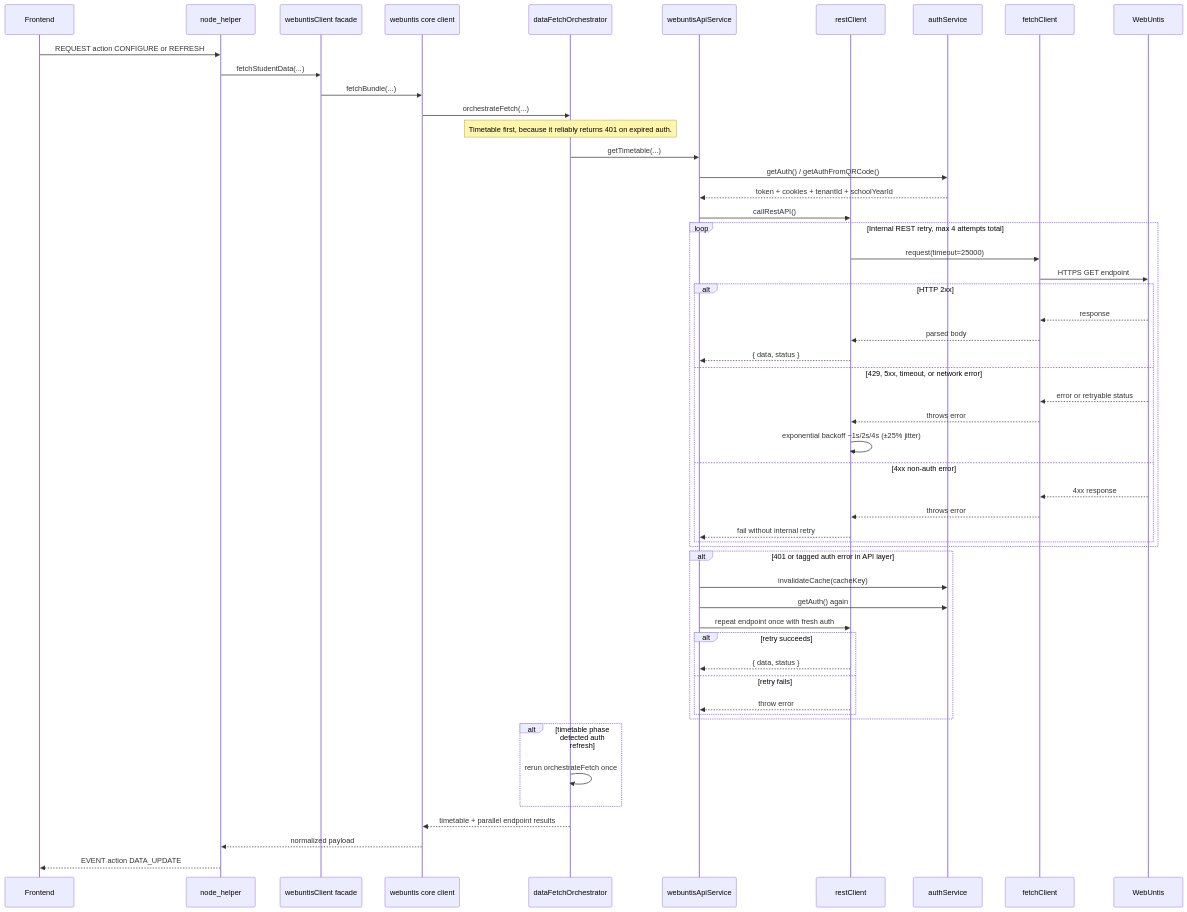
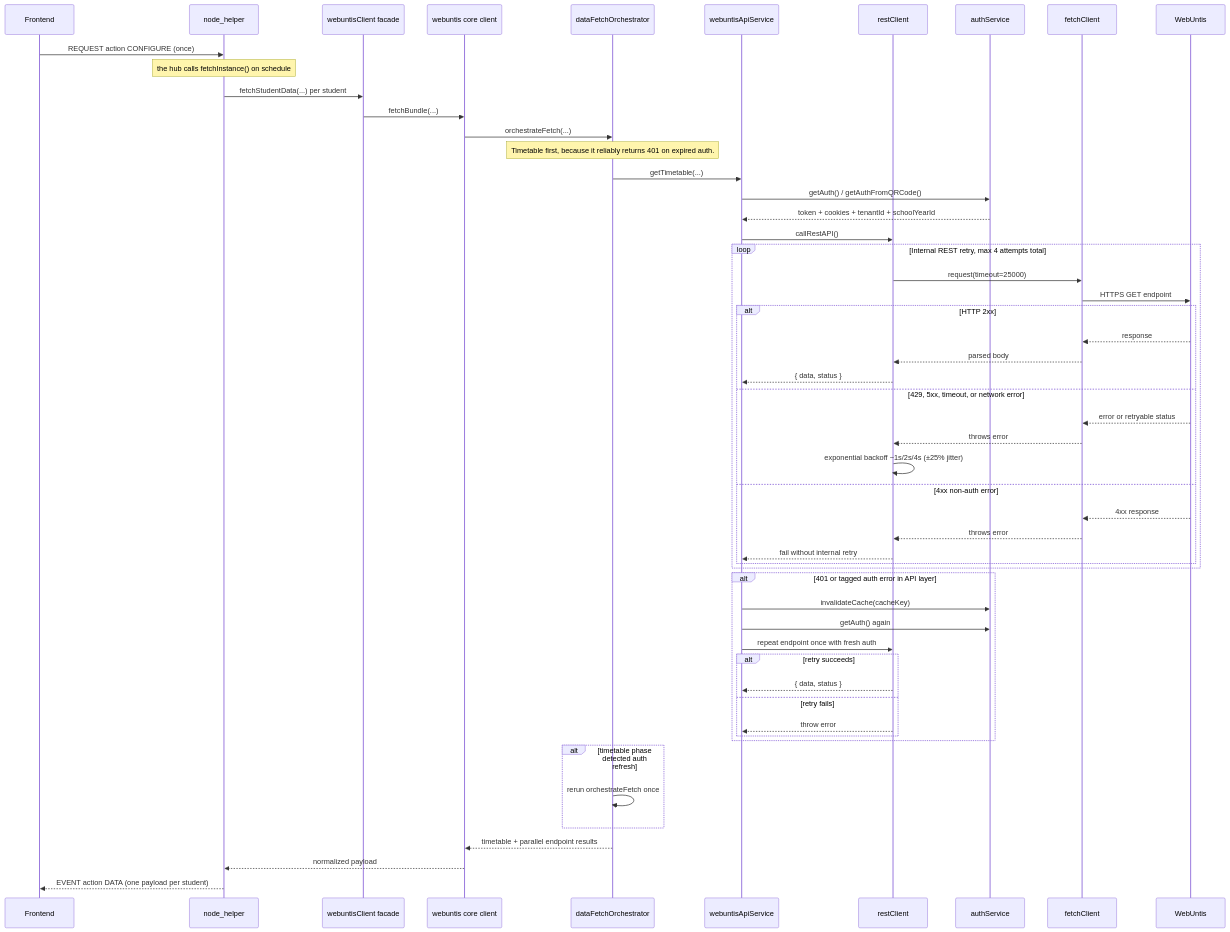
One commit to HeikoGr/MMM-Webuntis changed the second of 2 diagrams in docs/SERVER_REQUEST_FLOW.md. Above: the diagram before and after it, drawn with Mermaid. The commit also changed other lines of this file and 17 other files, not shown here.

First line of the commit message:
refactor: let the backend own the fetch schedule via the mmm-shared instance hub

````diff
--- a/docs/SERVER_REQUEST_FLOW.md
+++ b/docs/SERVER_REQUEST_FLOW.md
@@ -114,62 +111,63 @@
 ```mermaid
 sequenceDiagram
     participant FE as Frontend
     participant NH as node_helper
     participant WF as webuntisClient facade
     participant WC as webuntis core client
     participant OR as dataFetchOrchestrator
     participant API as webuntisApiService
     participant RC as restClient
     participant AU as authService
     participant FC as fetchClient
     participant WU as WebUntis
 
-    FE->>NH: REQUEST action CONFIGURE or REFRESH
-    NH->>WF: fetchStudentData(...)
+    FE->>NH: REQUEST action CONFIGURE (once)
+    Note over NH: the hub calls fetchInstance() on schedule
+    NH->>WF: fetchStudentData(...) per student
     WF->>WC: fetchBundle(...)
     WC->>OR: orchestrateFetch(...)
 
     Note over OR: Timetable first, because it reliably returns 401 on expired auth.
 
     OR->>API: getTimetable(...)
     API->>AU: getAuth() / getAuthFromQRCode()
     AU-->>API: token + cookies + tenantId + schoolYearId
     API->>RC: callRestAPI()
 
     loop Internal REST retry, max 4 attempts total
         RC->>FC: request(timeout=25000)
         FC->>WU: HTTPS GET endpoint
         alt HTTP 2xx
             WU-->>FC: response
             FC-->>RC: parsed body
             RC-->>API: { data, status }
         else 429, 5xx, timeout, or network error
             WU-->>FC: error or retryable status
             FC-->>RC: throws error
             RC->>RC: exponential backoff ~1s/2s/4s (±25% jitter)
         else 4xx non-auth error
             WU-->>FC: 4xx response
             FC-->>RC: throws error
             RC-->>API: fail without internal retry
         end
     end
 
     alt 401 or tagged auth error in API layer
         API->>AU: invalidateCache(cacheKey)
         API->>AU: getAuth() again
         API->>RC: repeat endpoint once with fresh auth
         alt retry succeeds
             RC-->>API: { data, status }
         else retry fails
             RC-->>API: throw error
         end
     end
 
     alt timetable phase detected auth refresh
         OR->>OR: rerun orchestrateFetch once
     end
 
     OR-->>WC: timetable + parallel endpoint results
     WC-->>NH: normalized payload
-    NH-->>FE: EVENT action DATA_UPDATE
+    NH-->>FE: EVENT action DATA (one payload per student)
 ```
````
